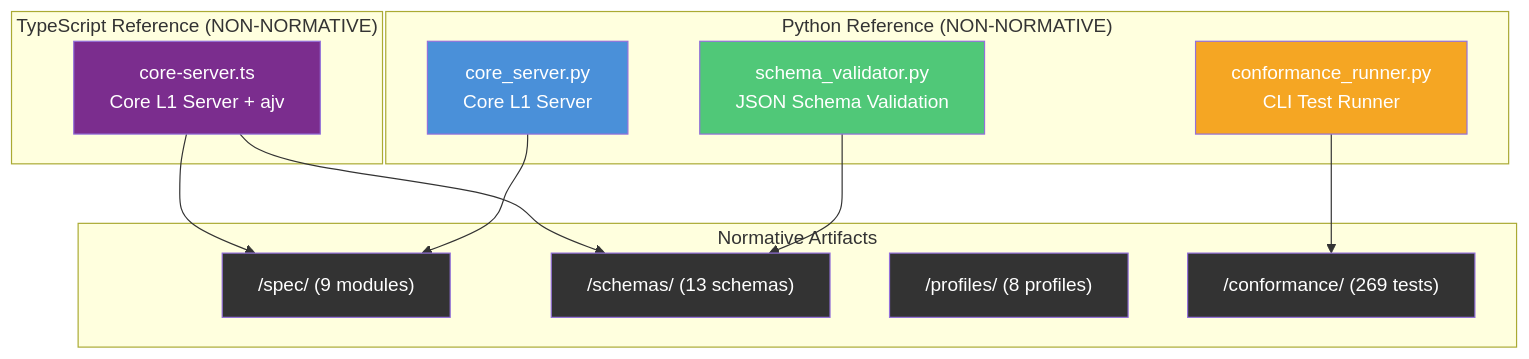
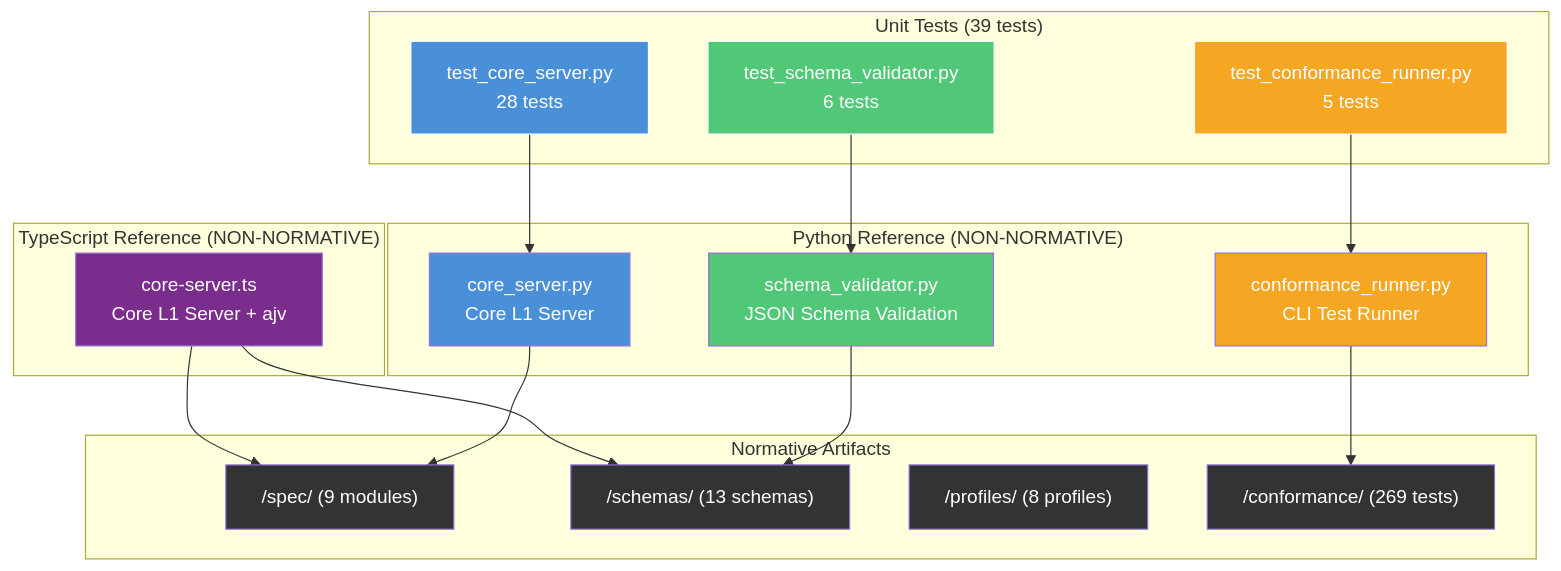
One commit to kevinkawchak/national-mcp-pai-oncology-trials changed the first of 8 diagrams in README.md. Above: the diagram before and after it, drawn with Mermaid. The commit also changed other lines of this file and 1 other file, not shown here.

First line of the commit message:
Update documentation to reflect v0.5.1 unit test suite additions

````diff
--- a/README.md
+++ b/README.md
@@ -203,34 +206,46 @@
 ```mermaid
 graph TB
   subgraph "Python Reference (NON-NORMATIVE)"
     PCS[core_server.py<br/>Core L1 Server]
     PSV[schema_validator.py<br/>JSON Schema Validation]
     PCR[conformance_runner.py<br/>CLI Test Runner]
   end
 
   subgraph "TypeScript Reference (NON-NORMATIVE)"
     TCS[core-server.ts<br/>Core L1 Server + ajv]
+  end
+
+  subgraph "Unit Tests (39 tests)"
+    TCS_T[test_core_server.py<br/>28 tests]
+    TSV_T[test_schema_validator.py<br/>6 tests]
+    TCR_T[test_conformance_runner.py<br/>5 tests]
   end
 
   subgraph "Normative Artifacts"
     SPEC["/spec/ (9 modules)"]
     SCH["/schemas/ (13 schemas)"]
     PRO["/profiles/ (8 profiles)"]
     CON["/conformance/ (269 tests)"]
   end
 
   PCS --> SPEC
   PSV --> SCH
   PCR --> CON
   TCS --> SCH
   TCS --> SPEC
+  TCS_T --> PCS
+  TSV_T --> PSV
+  TCR_T --> PCR
 
   style PCS fill:#4A90D9,color:#fff
   style PSV fill:#50C878,color:#fff
   style PCR fill:#F5A623,color:#fff
   style TCS fill:#7B2D8E,color:#fff
+  style TCS_T fill:#4A90D9,color:#fff,stroke:#fff
+  style TSV_T fill:#50C878,color:#fff,stroke:#fff
+  style TCR_T fill:#F5A623,color:#fff,stroke:#fff
   style SPEC fill:#333,color:#fff
   style SCH fill:#333,color:#fff
   style PRO fill:#333,color:#fff
   style CON fill:#333,color:#fff
 ```
````
